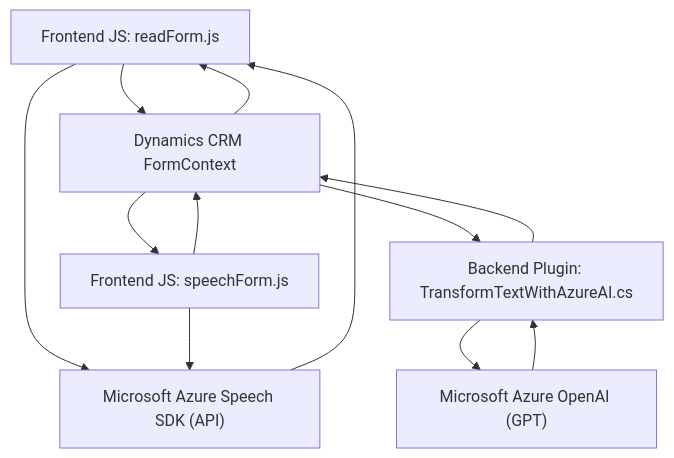
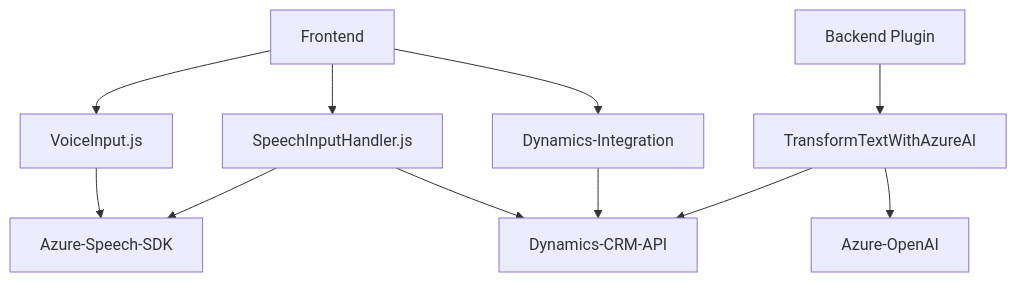
Before and after one commit to blopezdm/NETCORE_BILBAO2025: the diagram in README.md, drawn with Mermaid. The commit also changed other lines of this file, not shown here.

````diff
--- a/README.md
+++ b/README.md
@@ -54,24 +44,23 @@
 ```mermaid
 graph TD
-    A["Frontend JS: readForm.js"]
-    B["Frontend JS: speechForm.js"]
-    C["Backend Plugin: TransformTextWithAzureAI.cs"]
-    D["Microsoft Azure Speech SDK (API)"]
-    E["Microsoft Azure OpenAI (GPT)"]
-    F["Dynamics CRM FormContext"]
+    A["Frontend"]
+    B1["VoiceInput.js"]
+    B2["SpeechInputHandler.js"]
+    B3["Dynamics-Integration"]
+    C["Backend Plugin"]
+    D1["TransformTextWithAzureAI"]
+    E1["Azure-Speech-SDK"]
+    E2["Dynamics-CRM-API"]
+    E3["Azure-OpenAI"]
 
-    A --> D
-    B --> D
-    C --> E
-
-    D --> A
-    E --> C
-
-    F --> A
-    F --> B
-    F --> C
-
-    A --> F
-    B --> F
-    C --> F
+    A --> B1
+    A --> B2
+    A --> B3
+    B1 --> E1
+    B2 --> E1
+    B2 --> E2
+    B3 --> E2
+    C --> D1
+    D1 --> E3
+    D1 --> E2
 ```
````
